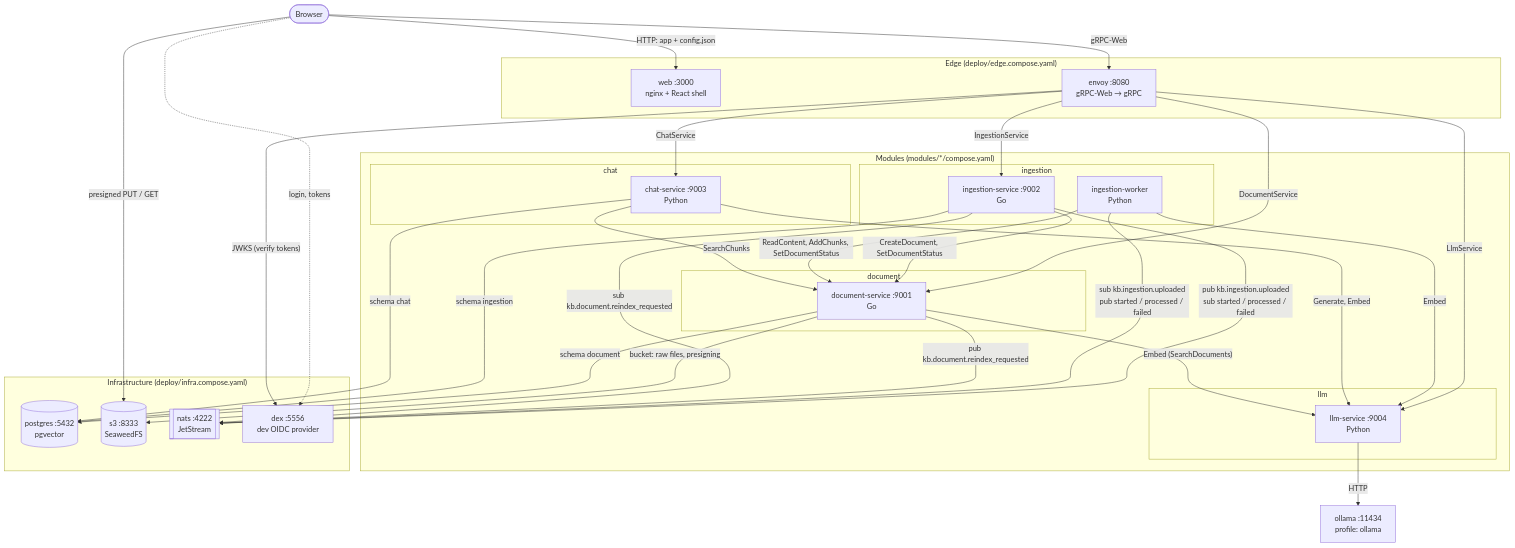
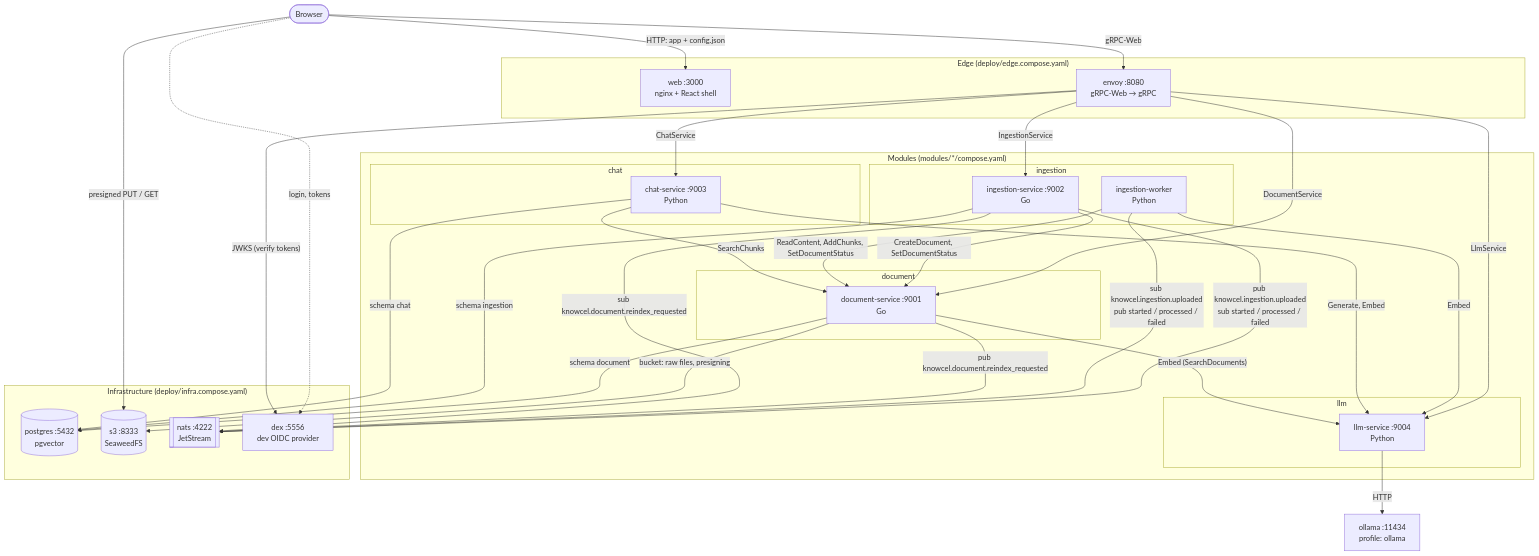
One commit to ChristophBe/kb changed the second of 3 diagrams in docs/architecture/overview.md. Above: the diagram before and after it, drawn with Mermaid. The commit also changed other lines of this file and 273 other files, not shown here.

````diff
--- a/docs/architecture/overview.md
+++ b/docs/architecture/overview.md
@@ -21,63 +21,63 @@
 ```mermaid
 flowchart TB
     browser([Browser])
 
     subgraph edge["Edge (deploy/edge.compose.yaml)"]
         web["web :3000<br/>nginx + React shell"]
         envoy["envoy :8080<br/>gRPC-Web → gRPC"]
     end
 
     subgraph modules["Modules (modules/*/compose.yaml)"]
         subgraph document["document"]
             docsvc["document-service :9001<br/>Go"]
         end
         subgraph ingestion["ingestion"]
             ingsvc["ingestion-service :9002<br/>Go"]
             ingworker["ingestion-worker<br/>Python"]
         end
         subgraph chat["chat"]
             chatsvc["chat-service :9003<br/>Python"]
         end
         subgraph llm["llm"]
             llmsvc["llm-service :9004<br/>Python"]
         end
     end
 
     subgraph infra["Infrastructure (deploy/infra.compose.yaml)"]
         pg[("postgres :5432<br/>pgvector")]
         s3[("s3 :8333<br/>SeaweedFS")]
         nats[["nats :4222<br/>JetStream"]]
         dex["dex :5556<br/>dev OIDC provider"]
     end
 
     ollama["ollama :11434<br/>profile: ollama"]
 
     browser -- "HTTP: app + config.json" --> web
     browser -- "gRPC-Web" --> envoy
     browser -- "presigned PUT / GET" --> s3
     browser -. "login, tokens" .-> dex
     envoy -- "JWKS (verify tokens)" --> dex
 
     envoy -- "DocumentService" --> docsvc
     envoy -- "IngestionService" --> ingsvc
     envoy -- "ChatService" --> chatsvc
     envoy -- "LlmService" --> llmsvc
 
     ingsvc -- "CreateDocument, SetDocumentStatus" --> docsvc
     ingworker -- "ReadContent, AddChunks, SetDocumentStatus" --> docsvc
     ingworker -- "Embed" --> llmsvc
     chatsvc -- "SearchChunks" --> docsvc
     chatsvc -- "Generate, Embed" --> llmsvc
     docsvc -- "Embed (SearchDocuments)" --> llmsvc
     llmsvc -- "HTTP" --> ollama
 
-    ingsvc -- "pub kb.ingestion.uploaded<br/>sub started / processed / failed" --> nats
-    ingworker -- "sub kb.ingestion.uploaded<br/>pub started / processed / failed" --> nats
-    docsvc -- "pub kb.document.reindex_requested" --> nats
-    ingsvc -- "sub kb.document.reindex_requested" --> nats
+    ingsvc -- "pub knowcel.ingestion.uploaded<br/>sub started / processed / failed" --> nats
+    ingworker -- "sub knowcel.ingestion.uploaded<br/>pub started / processed / failed" --> nats
+    docsvc -- "pub knowcel.document.reindex_requested" --> nats
+    ingsvc -- "sub knowcel.document.reindex_requested" --> nats
 
     docsvc -- "schema document" --> pg
     ingsvc -- "schema ingestion" --> pg
     chatsvc -- "schema chat" --> pg
     docsvc -- "bucket: raw files, presigning" --> s3
 ```
````
